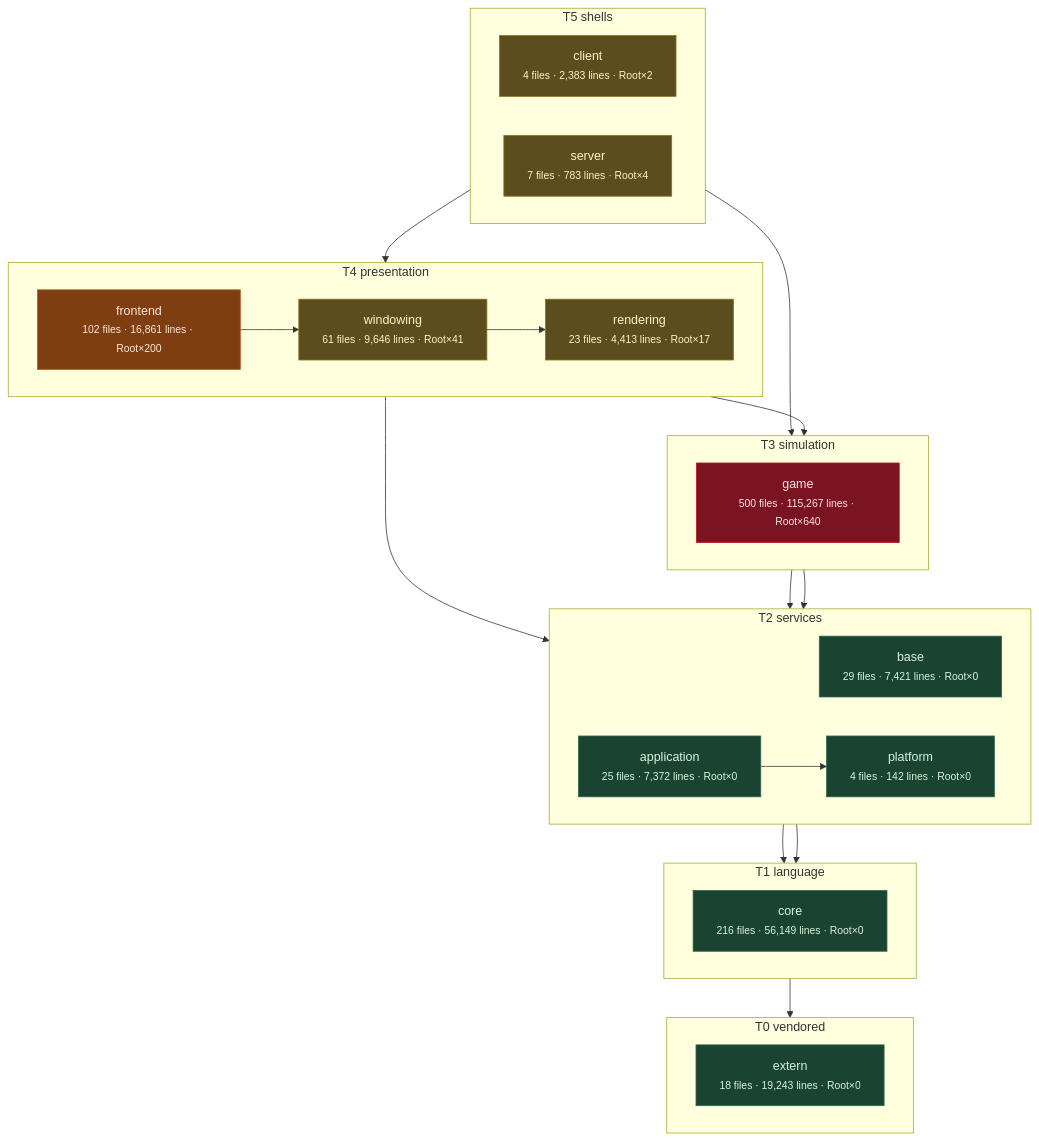
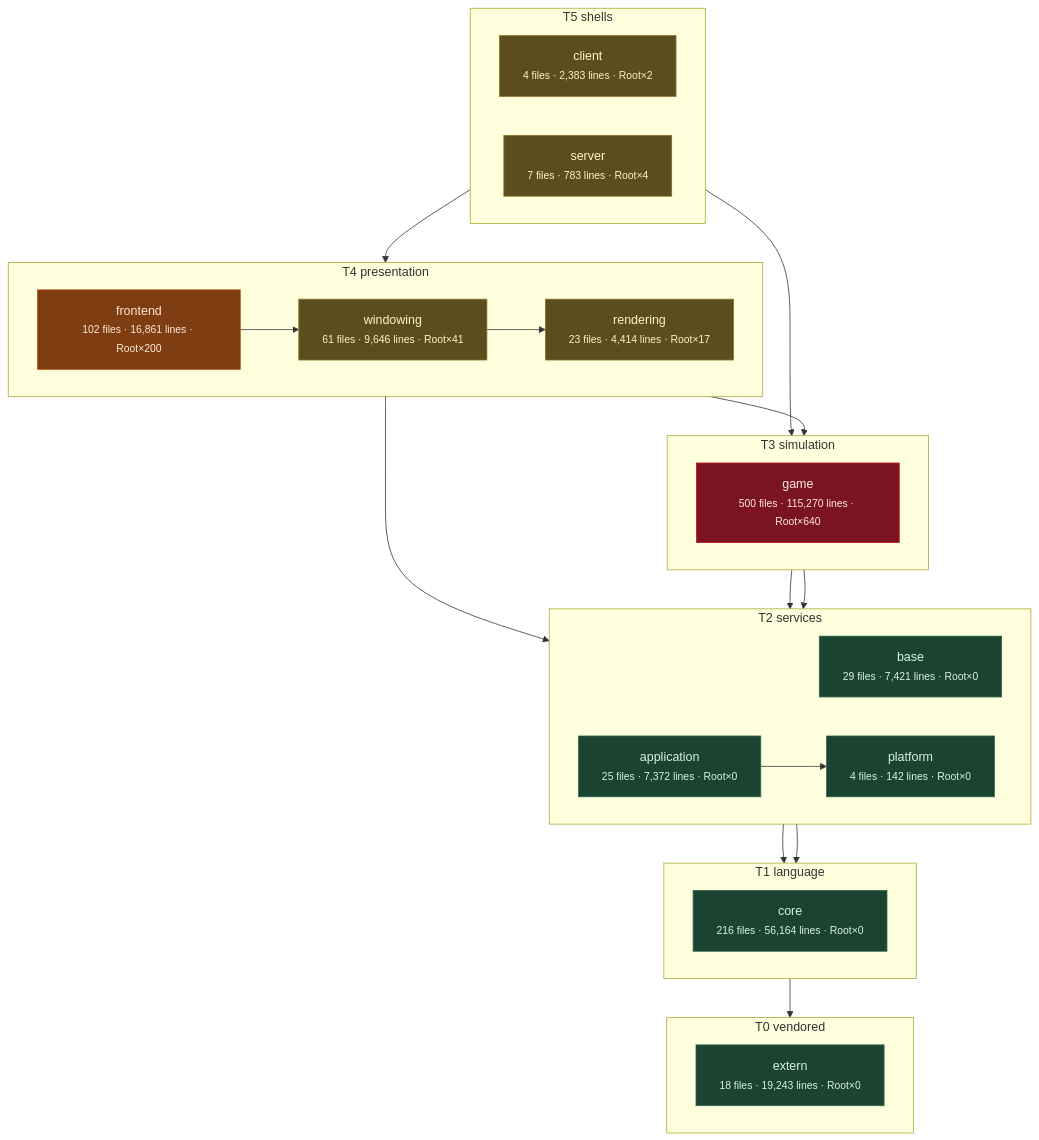
One commit to apnex/OpenStarbound changed the third of 11 diagrams in docs/architecture/system-boundaries.md. Above: the diagram before and after it, drawn with Mermaid. The commit also changed other lines of this file and 11 other files, not shown here.

````diff
--- a/docs/architecture/system-boundaries.md
+++ b/docs/architecture/system-boundaries.md
@@ -270,52 +270,52 @@
 ```mermaid
 flowchart TD
   subgraph T0["T0 vendored"]
     direction LR
     extern["extern<br/><small>18 files · 19,243 lines · Root×0</small>"]
   end
   subgraph T1["T1 language"]
     direction LR
-    core["core<br/><small>216 files · 56,149 lines · Root×0</small>"]
+    core["core<br/><small>216 files · 56,164 lines · Root×0</small>"]
   end
   subgraph T2["T2 services"]
     direction LR
     base["base<br/><small>29 files · 7,421 lines · Root×0</small>"]
     platform["platform<br/><small>4 files · 142 lines · Root×0</small>"]
     application["application<br/><small>25 files · 7,372 lines · Root×0</small>"]
   end
   subgraph T3["T3 simulation"]
     direction LR
-    game["game<br/><small>500 files · 115,267 lines · Root×640</small>"]
+    game["game<br/><small>500 files · 115,270 lines · Root×640</small>"]
   end
   subgraph T4["T4 presentation"]
     direction LR
-    rendering["rendering<br/><small>23 files · 4,413 lines · Root×17</small>"]
+    rendering["rendering<br/><small>23 files · 4,414 lines · Root×17</small>"]
     windowing["windowing<br/><small>61 files · 9,646 lines · Root×41</small>"]
     frontend["frontend<br/><small>102 files · 16,861 lines · Root×200</small>"]
   end
   subgraph T5["T5 shells"]
     direction LR
     client["client<br/><small>4 files · 2,383 lines · Root×2</small>"]
     server["server<br/><small>7 files · 783 lines · Root×4</small>"]
   end
   core --> extern
   base --> core
   platform --> core
   application --> platform
   game --> base
   game --> platform
   rendering --> application
   rendering --> game
   windowing --> rendering
   frontend --> windowing
   client --> frontend
   server --> game
   classDef clean fill:#1b4332,stroke:#2d6a4f,color:#d8f3dc
   classDef warm  fill:#5c4d1e,stroke:#8a7420,color:#fff3bf
   classDef hot   fill:#7f3e12,stroke:#b5561b,color:#ffe8d6
   classDef blaze fill:#7a1420,stroke:#c1121f,color:#ffe5e5
   class extern,core,base,platform,application clean
   class rendering,windowing,client,server warm
   class frontend hot
   class game blaze
 ```
````
